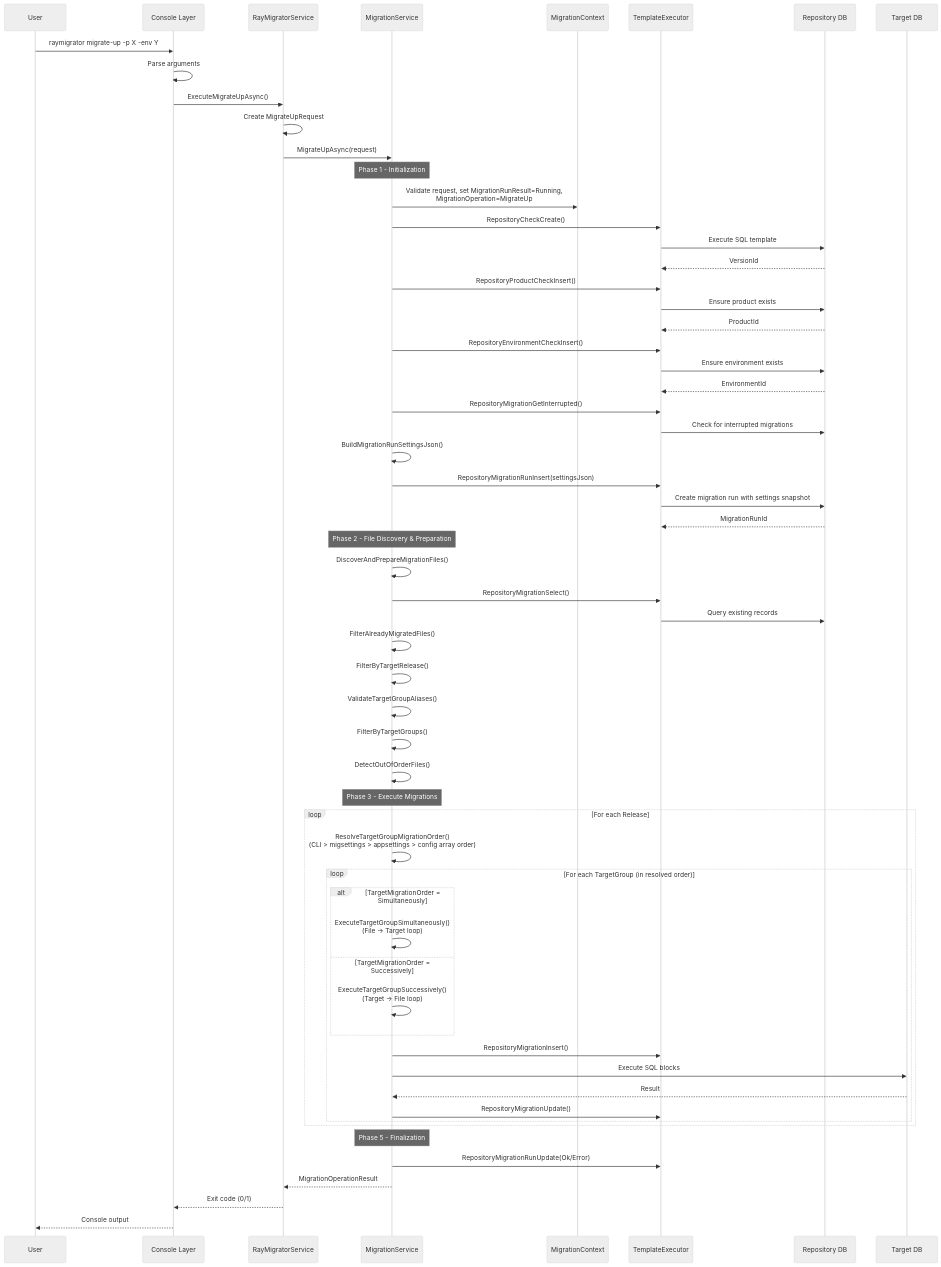
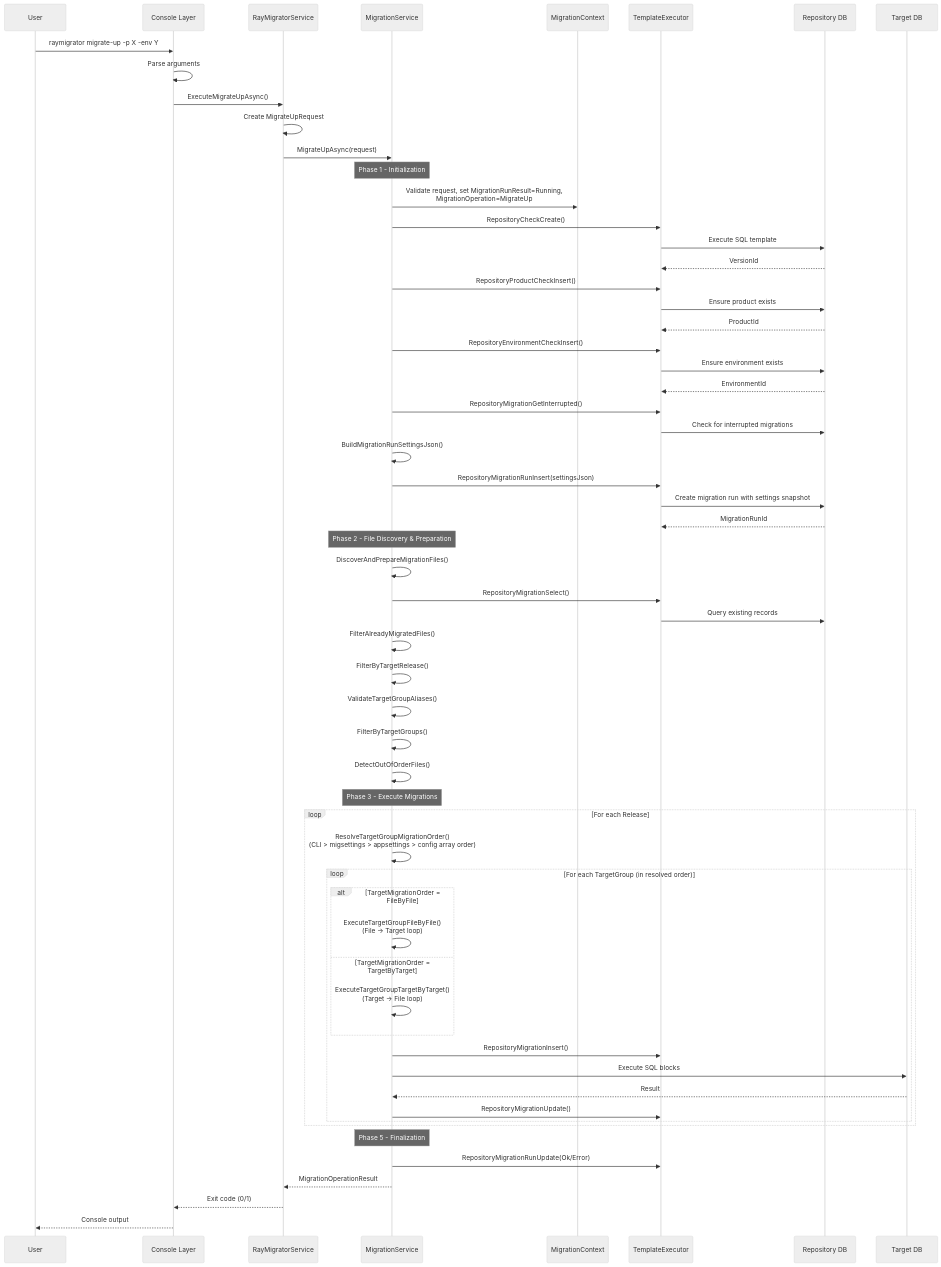
Before and after one commit to RAYCOON/RayMigrator: the first of 8 diagrams in Docs/01-architecture/data-flow.md, drawn with Mermaid (neutral theme). The commit also changed 102 other files, not shown here.

````diff
--- a/Docs/01-architecture/data-flow.md
+++ b/Docs/01-architecture/data-flow.md
@@ -7,73 +7,73 @@
 ```mermaid
 sequenceDiagram
     participant User
     participant CLI as Console Layer
     participant Bridge as RayMigratorService
     participant Svc as MigrationService
     participant Ctx as MigrationContext
     participant Tmpl as TemplateExecutor
     participant Repo as Repository DB
     participant Target as Target DB
 
     User->>CLI: raymigrator migrate-up -p X -env Y
 
     CLI->>CLI: Parse arguments
     CLI->>Bridge: ExecuteMigrateUpAsync()
 
     Bridge->>Bridge: Create MigrateUpRequest
     Bridge->>Svc: MigrateUpAsync(request)
 
     Note over Svc: Phase 1 - Initialization
     Svc->>Ctx: Validate request, set MigrationRunResult=Running,<br/>MigrationOperation=MigrateUp
     Svc->>Tmpl: RepositoryCheckCreate()
     Tmpl->>Repo: Execute SQL template
     Repo-->>Tmpl: VersionId
 
     Svc->>Tmpl: RepositoryProductCheckInsert()
     Tmpl->>Repo: Ensure product exists
     Repo-->>Tmpl: ProductId
 
     Svc->>Tmpl: RepositoryEnvironmentCheckInsert()
     Tmpl->>Repo: Ensure environment exists
     Repo-->>Tmpl: EnvironmentId
 
     Svc->>Tmpl: RepositoryMigrationGetInterrupted()
     Tmpl->>Repo: Check for interrupted migrations
 
     Svc->>Svc: BuildMigrationRunSettingsJson()
     Svc->>Tmpl: RepositoryMigrationRunInsert(settingsJson)
     Tmpl->>Repo: Create migration run with settings snapshot
     Repo-->>Tmpl: MigrationRunId
 
     Note over Svc: Phase 2 - File Discovery & Preparation
     Svc->>Svc: DiscoverAndPrepareMigrationFiles()
     Svc->>Tmpl: RepositoryMigrationSelect()
     Tmpl->>Repo: Query existing records
     Svc->>Svc: FilterAlreadyMigratedFiles()
     Svc->>Svc: FilterByTargetRelease()
     Svc->>Svc: ValidateTargetGroupAliases()
     Svc->>Svc: FilterByTargetGroups()
     Svc->>Svc: DetectOutOfOrderFiles()
 
     Note over Svc: Phase 3 - Execute Migrations
     loop For each Release
         Svc->>Svc: ResolveTargetGroupMigrationOrder()<br/>(CLI > migsettings > appsettings > config array order)
         loop For each TargetGroup (in resolved order)
-            alt TargetMigrationOrder = Simultaneously
-                Svc->>Svc: ExecuteTargetGroupSimultaneously()<br/>(File → Target loop)
-            else TargetMigrationOrder = Successively
-                Svc->>Svc: ExecuteTargetGroupSuccessively()<br/>(Target → File loop)
+            alt TargetMigrationOrder = FileByFile
+                Svc->>Svc: ExecuteTargetGroupFileByFile()<br/>(File → Target loop)
+            else TargetMigrationOrder = TargetByTarget
+                Svc->>Svc: ExecuteTargetGroupTargetByTarget()<br/>(Target → File loop)
             end
             Svc->>Tmpl: RepositoryMigrationInsert()
             Svc->>Target: Execute SQL blocks
             Target-->>Svc: Result
             Svc->>Tmpl: RepositoryMigrationUpdate()
         end
     end
 
     Note over Svc: Phase 5 - Finalization
     Svc->>Tmpl: RepositoryMigrationRunUpdate(Ok/Error)
     Svc-->>Bridge: MigrationOperationResult
     Bridge-->>CLI: Exit code (0/1)
     CLI-->>User: Console output
 ```
````
